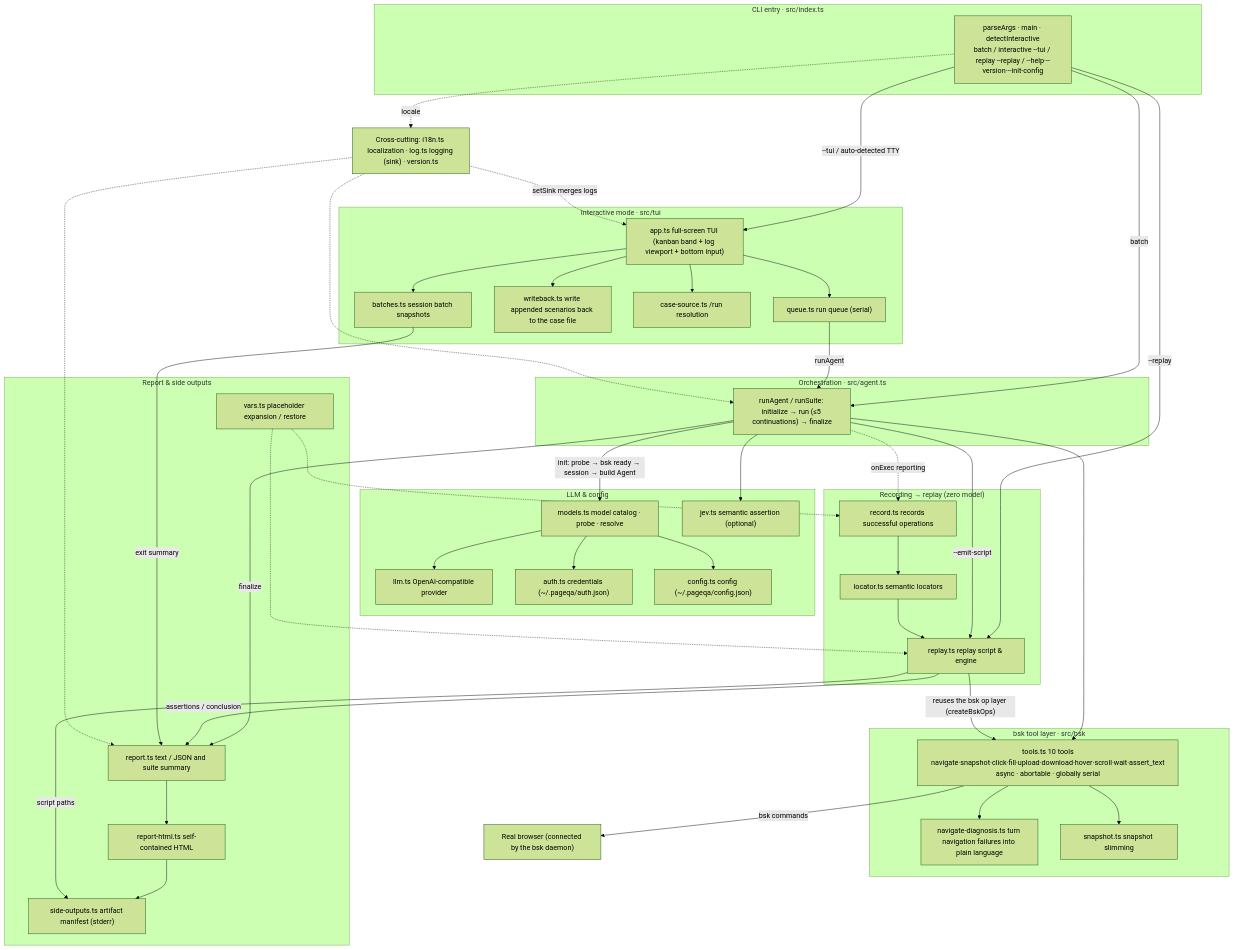
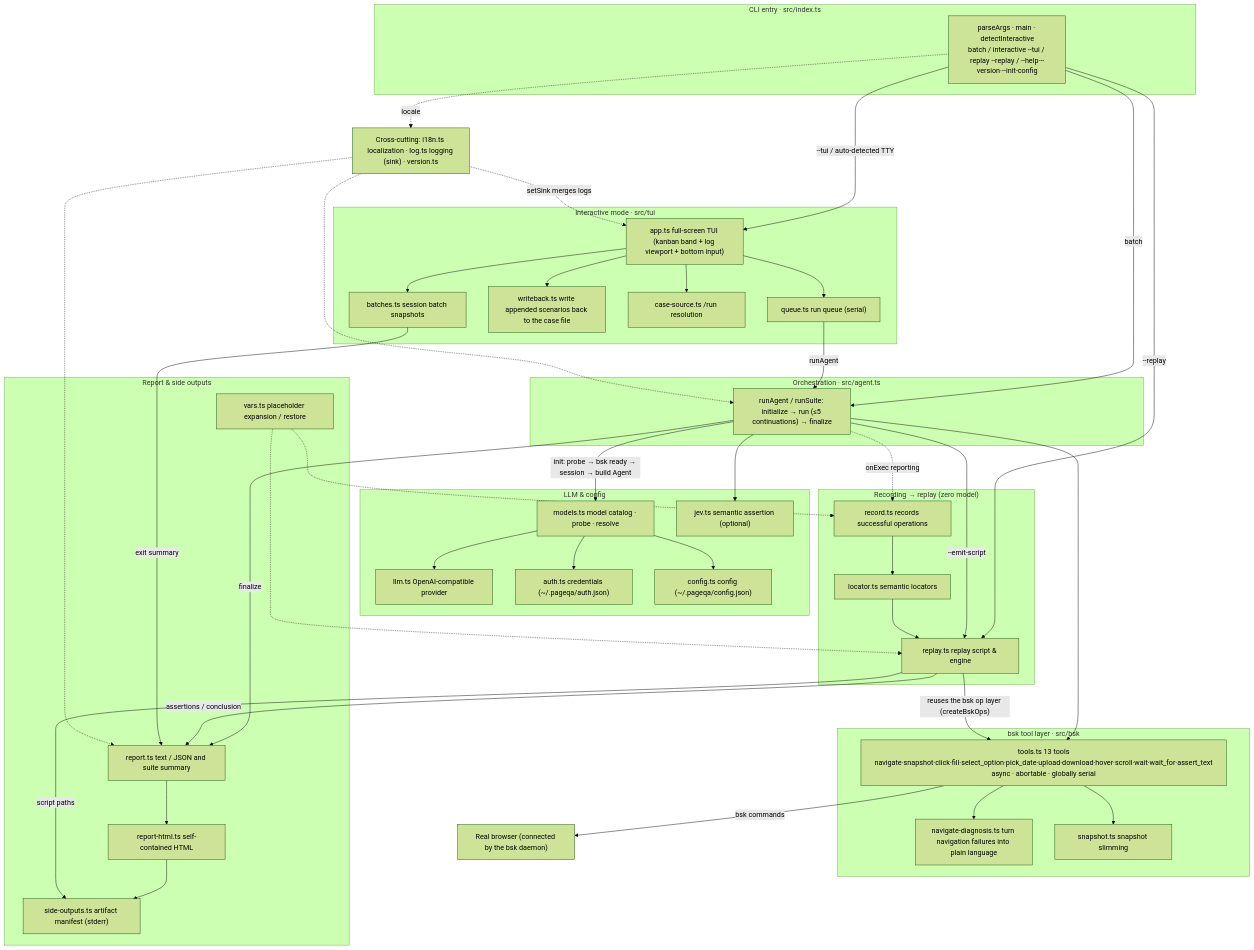
Before and after one commit to klren0312/pageqa: the diagram in README.md, drawn with Mermaid (forest theme). The commit also changed other lines of this file and 10 other files, not shown here.

```diff
--- a/README.md
+++ b/README.md
@@ -237,7 +257,7 @@
   end
 
   subgraph BSK["bsk tool layer · src/bsk"]
-    TOOLS["tools.ts 10 tools<br/>navigate·snapshot·click·fill·upload·download·hover·scroll·wait·assert_text<br/>async · abortable · globally serial"]
+    TOOLS["tools.ts 13 tools<br/>navigate·snapshot·click·fill·select_option·pick_date·upload·download·hover·scroll·wait·wait_for·assert_text<br/>async · abortable · globally serial"]
     DIAG["navigate-diagnosis.ts turn navigation failures into plain language"]
     SNAP["snapshot.ts snapshot slimming"]
   end
```
